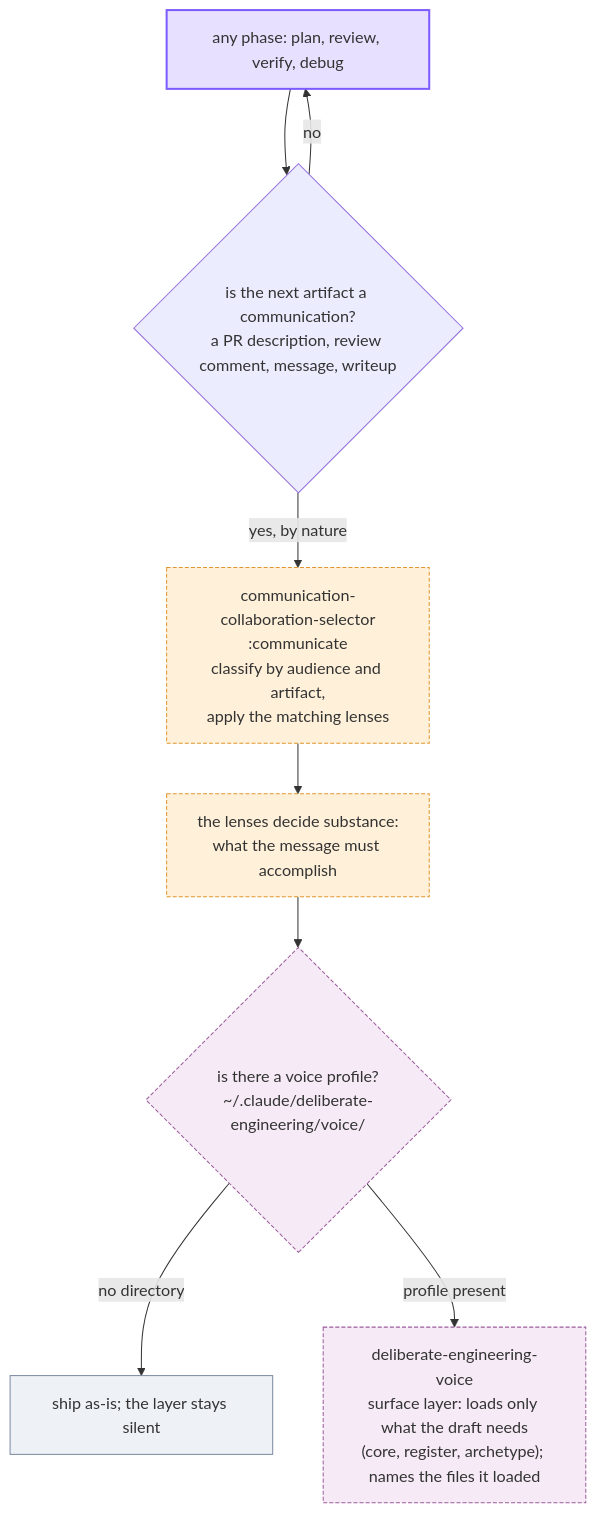
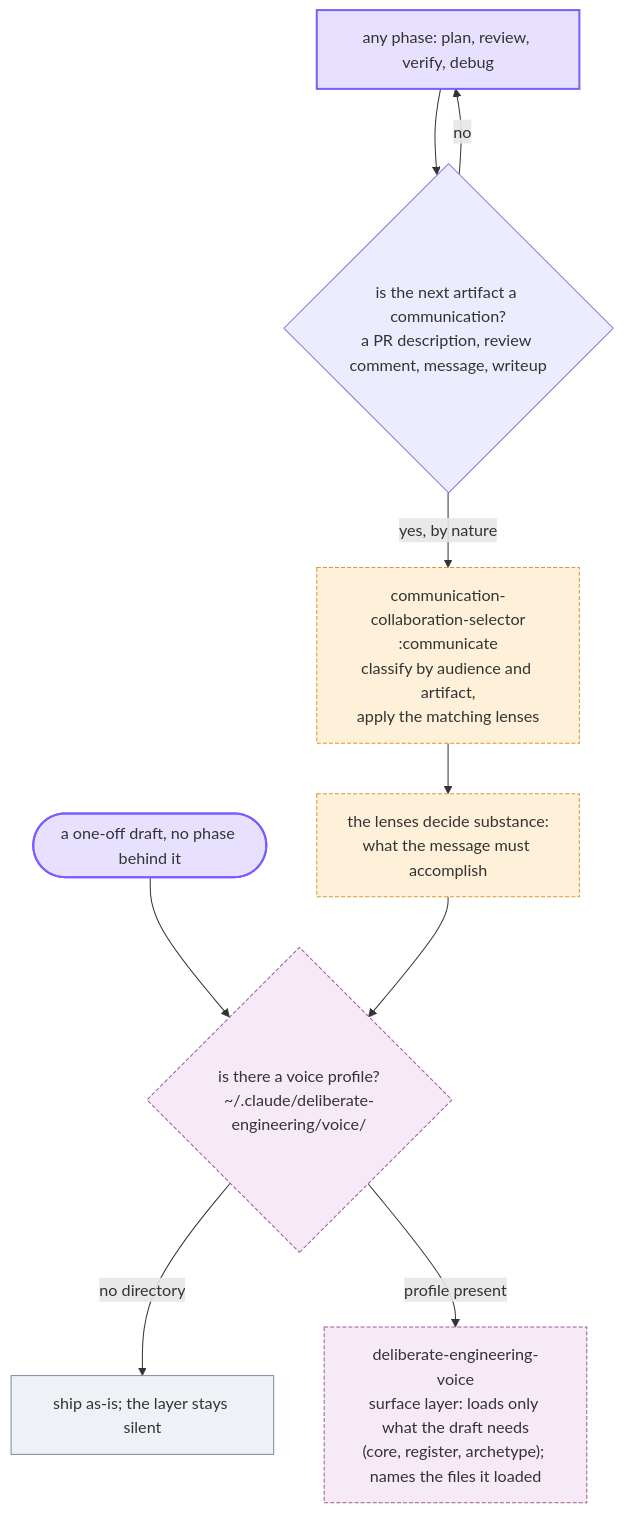
Before and after one commit to lucasfugisawa/deliberate-engineering: the second of 3 diagrams in docs/architecture-and-usage.md, drawn with Mermaid. The commit also changed other lines of this file and 34 other files, not shown here.

````diff
--- a/docs/architecture-and-usage.md
+++ b/docs/architecture-and-usage.md
@@ -61,27 +69,30 @@
 ```mermaid
 flowchart TD
     phase["any phase: plan, review, verify, debug"]
     artifact{"is the next artifact a communication?<br/>a PR description, review comment, message, writeup"}
     comms["communication-collaboration-selector<br/>:communicate<br/>classify by audience and artifact,<br/>apply the matching lenses"]
     substance["the lenses decide substance:<br/>what the message must accomplish"]
     voice{"is there a voice profile?<br/>~/.claude/deliberate-engineering/voice/"}
     silent["ship as-is; the layer stays silent"]
     profile["deliberate-engineering-voice<br/>surface layer: loads only what the draft needs<br/>(core, register, archetype); names the files it loaded"]
 
+    oneoff(["a one-off draft, no phase behind it"])
+
     phase --> artifact
     artifact -->|no| phase
+    oneoff --> voice
     artifact -->|yes, by nature| comms
     comms --> substance
     substance --> voice
     voice -->|no directory| silent
     voice -->|profile present| profile
 
     classDef entry fill:#e8e0ff,stroke:#7c5cff,stroke-width:2px;
     classDef comms fill:#fff0d9,stroke:#e0962e,stroke-width:1px,stroke-dasharray:4 2;
     classDef voice fill:#f5eaf5,stroke:#9c5c9c,stroke-width:1px,stroke-dasharray:4 2;
     classDef plain fill:#eef2f7,stroke:#7c8aa0,stroke-width:1px;
-    class phase entry
+    class phase,oneoff entry
     class comms,substance comms
     class voice,profile voice
     class silent plain
 ```
````
